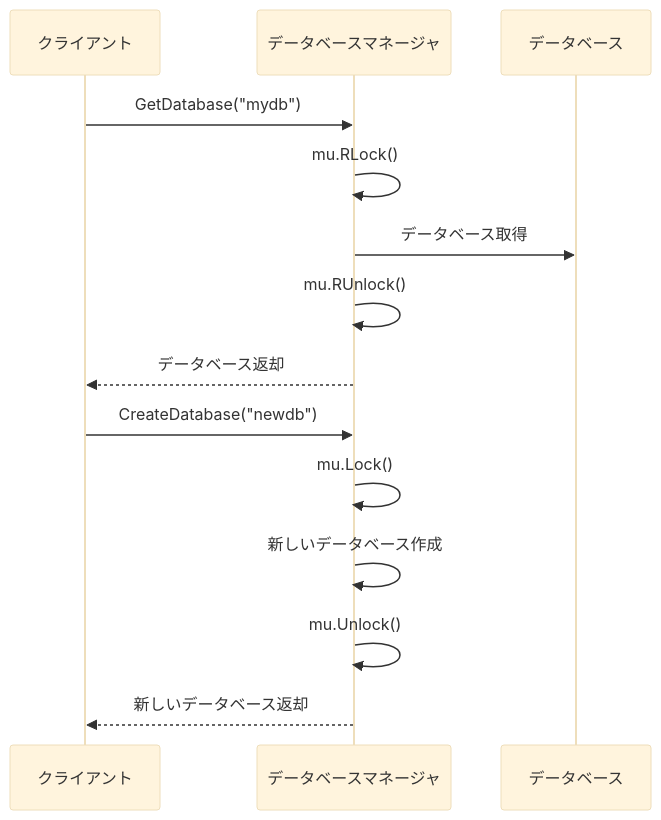
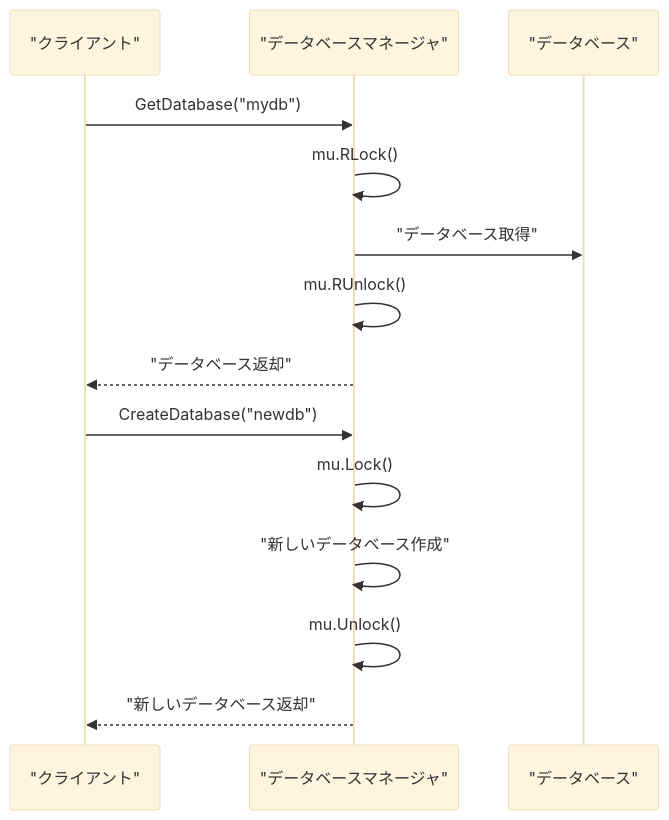
Before and after one commit to ssig33/fuckbase: the second of 3 diagrams in textbooks/04_concurrency.md, drawn with Mermaid (base theme). The commit also changed other lines of this file and 6 other files, not shown here.

Commit message:
Fix Mermaid diagrams by properly enclosing Japanese text in double quotes to prevent control character misinterpretation

````diff
--- a/textbooks/04_concurrency.md
+++ b/textbooks/04_concurrency.md
@@ -63,18 +63,18 @@
 ```mermaid
 sequenceDiagram
-    participant Client as クライアント
-    participant Manager as データベースマネージャ
-    participant DB as データベース
+    participant Client as "クライアント"
+    participant Manager as "データベースマネージャ"
+    participant DB as "データベース"
     
     Client->>Manager: GetDatabase("mydb")
     Manager->>Manager: mu.RLock()
-    Manager->>DB: データベース取得
+    Manager->>DB: "データベース取得"
     Manager->>Manager: mu.RUnlock()
-    Manager-->>Client: データベース返却
+    Manager-->>Client: "データベース返却"
     
     Client->>Manager: CreateDatabase("newdb")
     Manager->>Manager: mu.Lock()
-    Manager->>Manager: 新しいデータベース作成
+    Manager->>Manager: "新しいデータベース作成"
     Manager->>Manager: mu.Unlock()
-    Manager-->>Client: 新しいデータベース返却
+    Manager-->>Client: "新しいデータベース返却"
 ```
````
